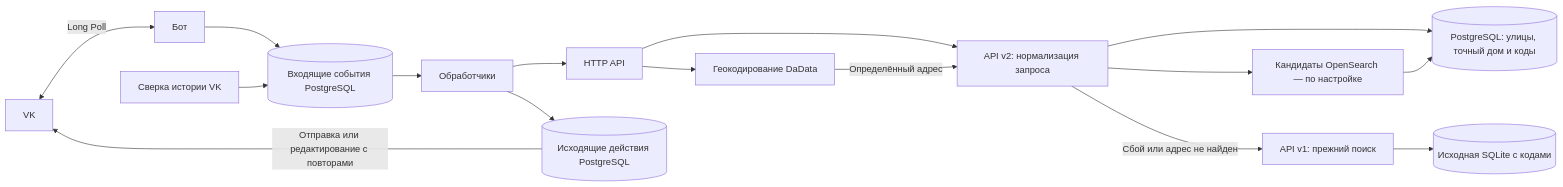
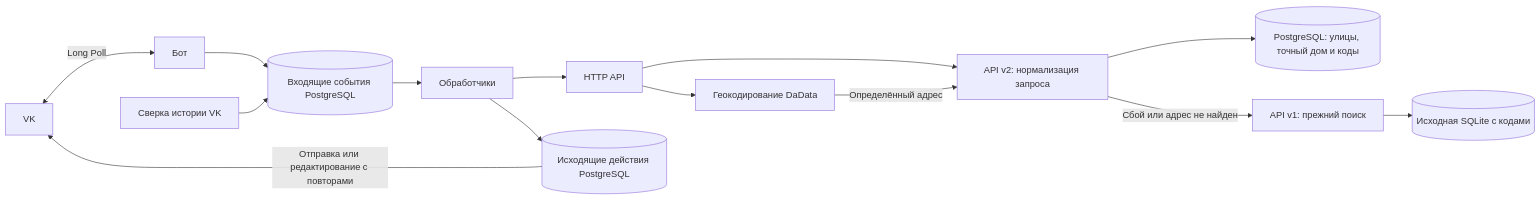
Before and after one commit to omkality/domofomka: the first of 5 diagrams in README.md, drawn with Mermaid. The commit also changed other lines of this file and 5 other files, not shown here.

Commit message:
docs(search): record city-role comparisons and clarify runtime architecture

````diff
--- a/README.md
+++ b/README.md
@@ -8,18 +9,16 @@
 ```mermaid
 flowchart LR
     VK[VK] <-->|Long Poll| B[Бот]
     B --> I[(Входящие события PostgreSQL)]
     H[Сверка истории VK] --> I
     I --> W[Обработчики]
     W --> A[HTTP API]
     A --> V2[API v2: нормализация запроса]
     V2 --> C[(PostgreSQL: улицы, точный дом и коды)]
-    V2 --> OS[Кандидаты OpenSearch — по настройке]
-    OS --> C
     V2 -->|Сбой или адрес не найден| V1[API v1: прежний поиск]
     V1 --> DB[(Исходная SQLite с кодами)]
     A --> D[Геокодирование DaData]
     D -->|Определённый адрес| V2
     W --> O[(Исходящие действия PostgreSQL)]
     O -->|Отправка или редактирование с повторами| VK
 ```
````
